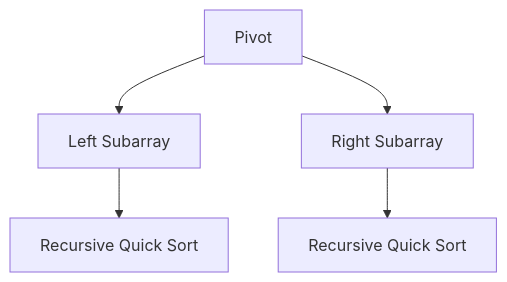
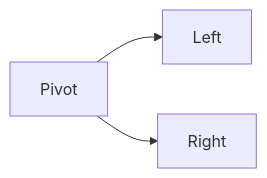
Before and after one commit to fanquanpp/MyNotebook: the second of 4 diagrams in 03-Python/README.md, drawn with Mermaid. The commit also changed other lines of this file and 3 other files, not shown here.

````diff
--- a/03-Python/README.md
+++ b/03-Python/README.md
@@ -318,7 +310,5 @@
 ```mermaid
-graph TD
-    A[Pivot] --> B[Left Subarray]
-    A --> C[Right Subarray]
-    B --> B1[Recursive Quick Sort]
-    C --> C1[Recursive Quick Sort]
+graph LR
+    A[Pivot] --> B[Left]
+    A --> C[Right]
 ```
````
